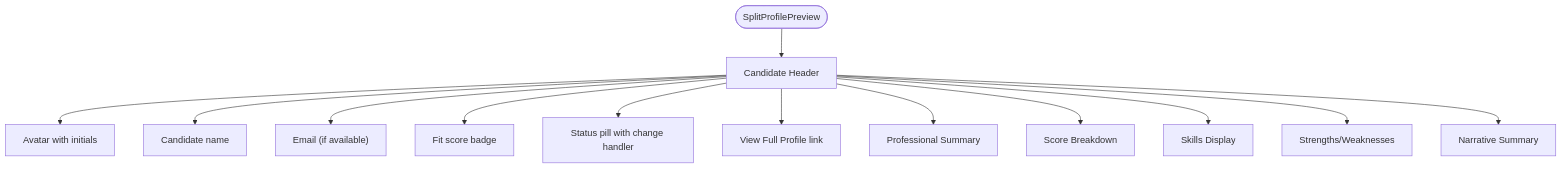
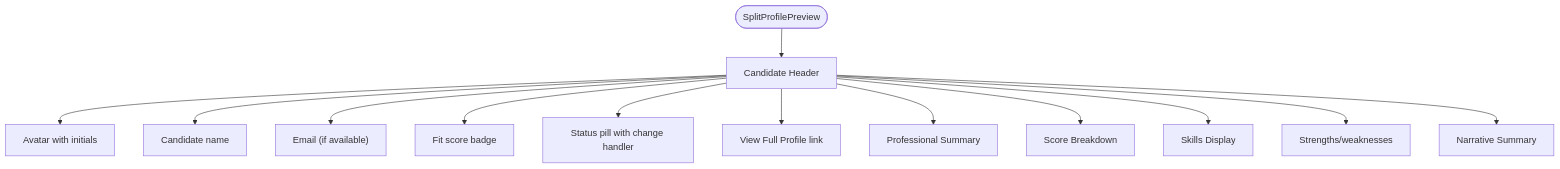
One commit to Revanththetalogics/aireume changed the tenth of 34 diagrams in .qoder/repowiki/en/content/Frontend Architecture/Frontend Architecture.md. Above: the diagram before and after it, drawn with Mermaid. The commit also changed other lines of this file and 13 other files, not shown here.

````diff
--- a/.qoder/repowiki/en/content/Frontend Architecture/Frontend Architecture.md
+++ b/.qoder/repowiki/en/content/Frontend Architecture/Frontend Architecture.md
@@ -605,15 +910,15 @@
 ```mermaid
 flowchart TD
 Start(["SplitProfilePreview"]) --> Header["Candidate Header"]
 Header --> Avatar["Avatar with initials"]
 Header --> Name["Candidate name"]
 Header --> Email["Email (if available)"]
 Header --> Score["Fit score badge"]
 Header --> Status["Status pill with change handler"]
 Header --> Nav["View Full Profile link"]
 Header --> Summary["Professional Summary"]
 Header --> Scores["Score Breakdown"]
 Header --> Skills["Skills Display"]
-Header --> Strengths["Strengths/Weaknesses"]
+Header --> Strengths["Strengths/weaknesses"]
 Header --> Narrative["Narrative Summary"]
 ```
````
